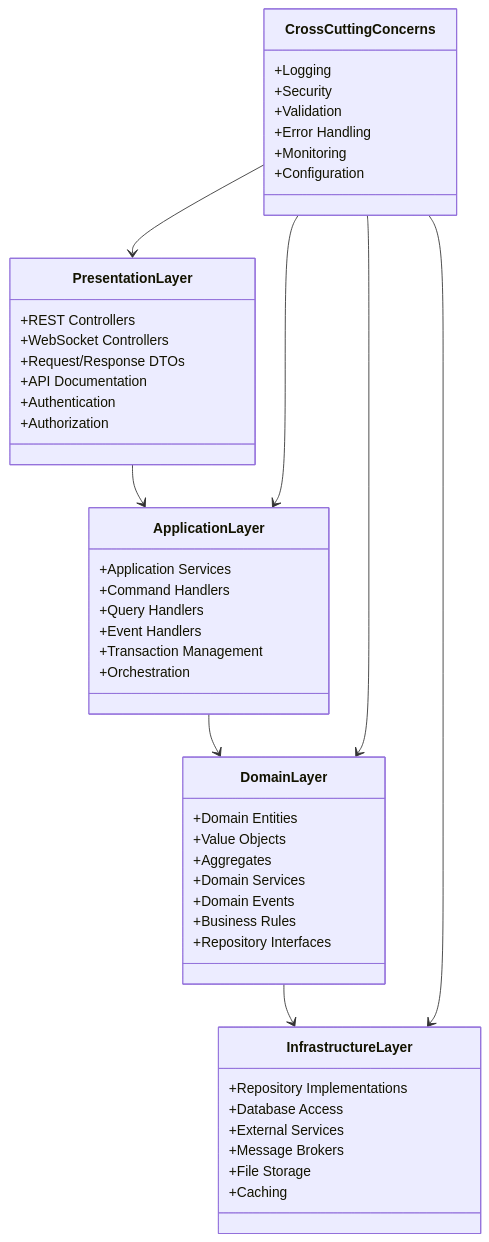
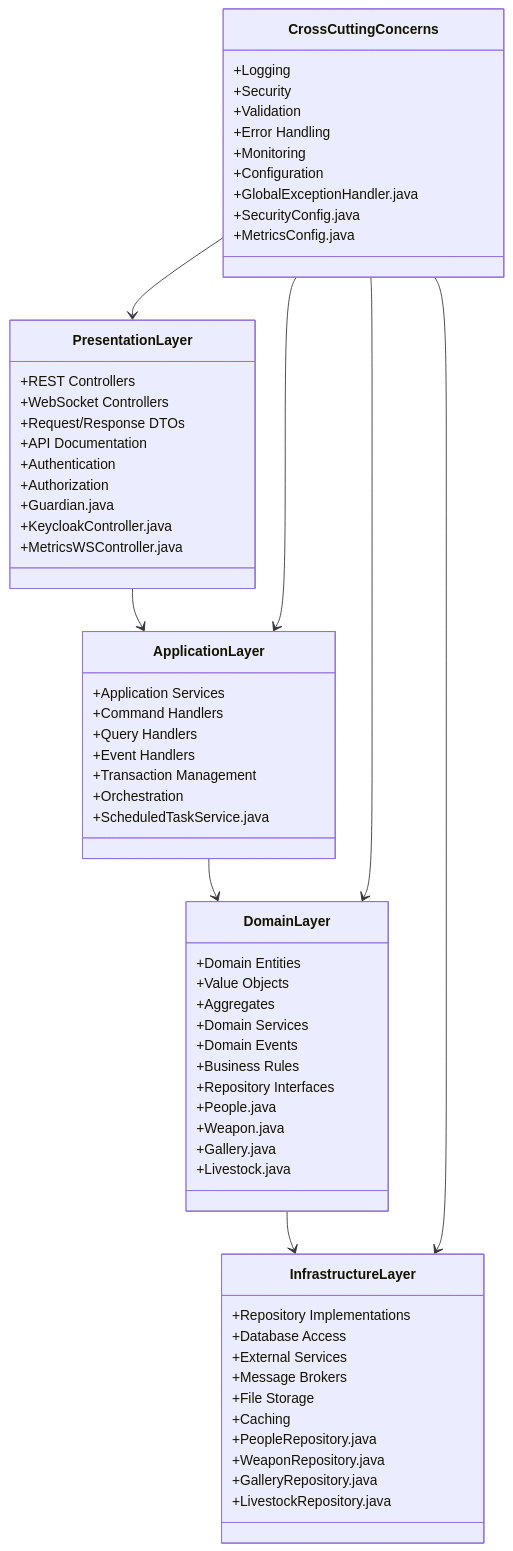
One commit to Vinskao/ty-multiverse-backend changed the third of 13 diagrams in README.md. Above: the diagram before and after it, drawn with Mermaid. The commit also changed other lines of this file and 7 other files, not shown here.

````diff
--- a/README.md
+++ b/README.md
@@ -96,56 +114,71 @@
 ```mermaid
 classDiagram
     class PresentationLayer {
         +REST Controllers
         +WebSocket Controllers
         +Request/Response DTOs
         +API Documentation
         +Authentication
         +Authorization
+        +Guardian.java
+        +KeycloakController.java
+        +MetricsWSController.java
     }
     
     class ApplicationLayer {
         +Application Services
         +Command Handlers
         +Query Handlers
         +Event Handlers
         +Transaction Management
         +Orchestration
+        +ScheduledTaskService.java
     }
     
     class DomainLayer {
         +Domain Entities
         +Value Objects
         +Aggregates
         +Domain Services
         +Domain Events
         +Business Rules
         +Repository Interfaces
+        +People.java
+        +Weapon.java
+        +Gallery.java
+        +Livestock.java
     }
     
     class InfrastructureLayer {
         +Repository Implementations
         +Database Access
         +External Services
         +Message Brokers
         +File Storage
         +Caching
+        +PeopleRepository.java
+        +WeaponRepository.java
+        +GalleryRepository.java
+        +LivestockRepository.java
     }
     
     class CrossCuttingConcerns {
         +Logging
         +Security
         +Validation
         +Error Handling
         +Monitoring
         +Configuration
+        +GlobalExceptionHandler.java
+        +SecurityConfig.java
+        +MetricsConfig.java
     }
     
     PresentationLayer --> ApplicationLayer
     ApplicationLayer --> DomainLayer
     DomainLayer --> InfrastructureLayer
     CrossCuttingConcerns --> PresentationLayer
     CrossCuttingConcerns --> ApplicationLayer
     CrossCuttingConcerns --> DomainLayer
     CrossCuttingConcerns --> InfrastructureLayer
 ```
````
